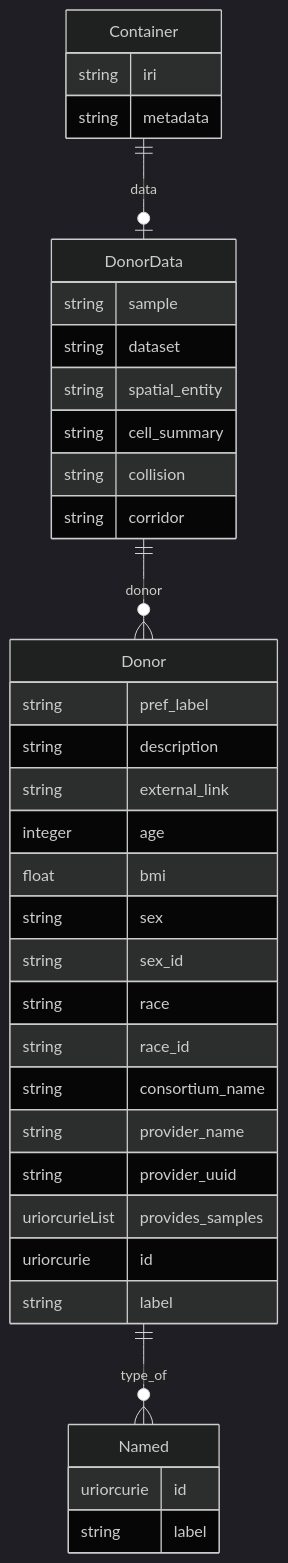
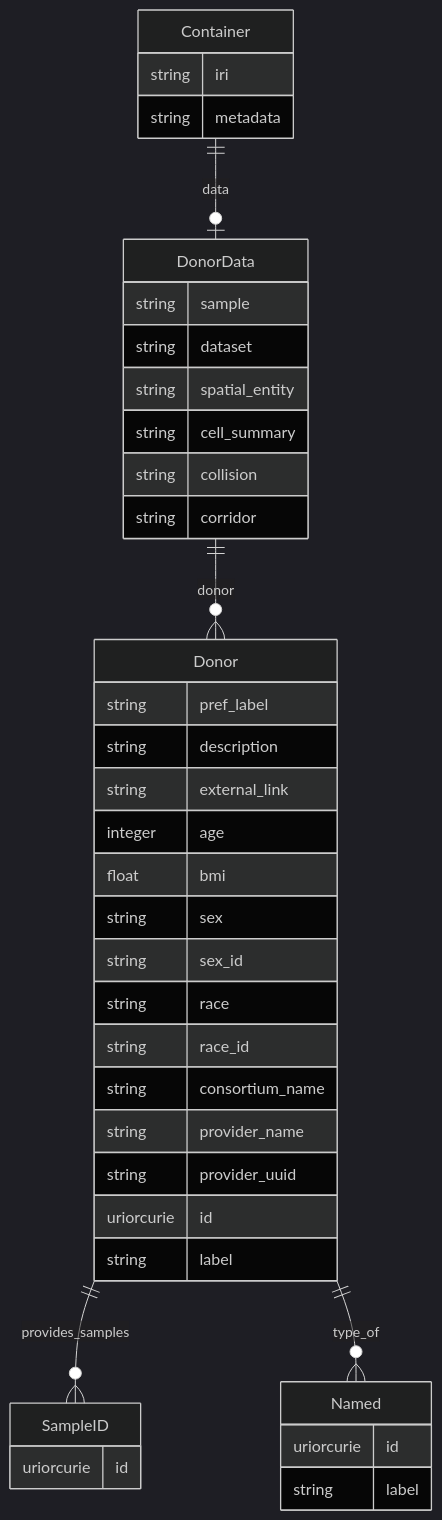
Before and after one commit to hubmapconsortium/hra-do-processor: the ninth of 18 diagrams in er-diagrams.md, drawn with Mermaid (dark theme). The commit also changed other lines of this file and 12 other files, not shown here.

````diff
--- a/er-diagrams.md
+++ b/er-diagrams.md
@@ -434,41 +452,44 @@
 ```mermaid
 erDiagram
 Container {
     string iri  
     string metadata  
 }
 DonorData {
     string sample  
     string dataset  
     string spatial_entity  
     string cell_summary  
     string collision  
     string corridor  
 }
 Donor {
     string pref_label  
     string description  
     string external_link  
     integer age  
     float bmi  
     string sex  
     string sex_id  
     string race  
     string race_id  
     string consortium_name  
     string provider_name  
     string provider_uuid  
-    uriorcurieList provides_samples  
     uriorcurie id  
     string label  
 }
 Named {
     uriorcurie id  
     string label  
 }
+SampleID {
+    uriorcurie id  
+}
 
 Container ||--|o DonorData : "data"
 DonorData ||--}o Donor : "donor"
+Donor ||--}o SampleID : "provides_samples"
 Donor ||--}o Named : "type_of"
 
 ```
````
